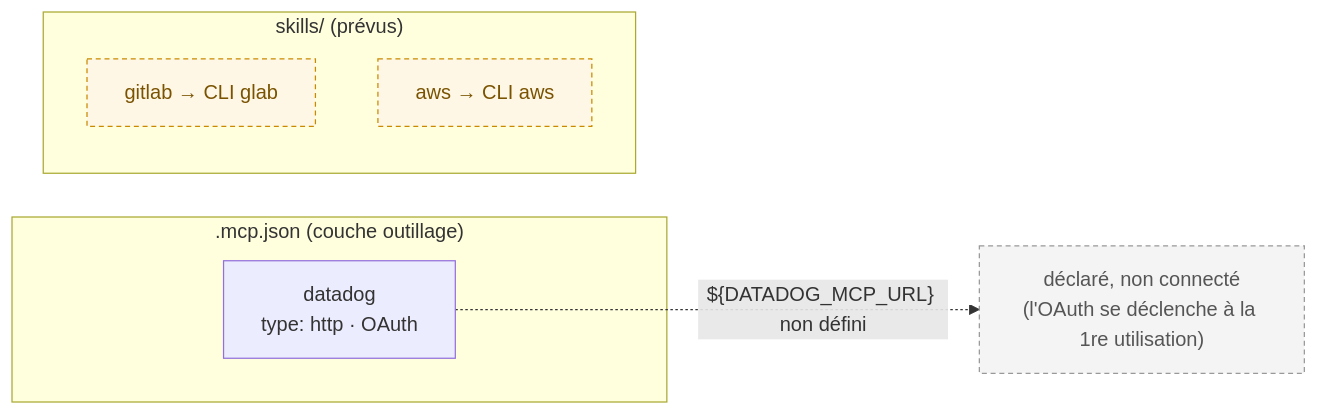
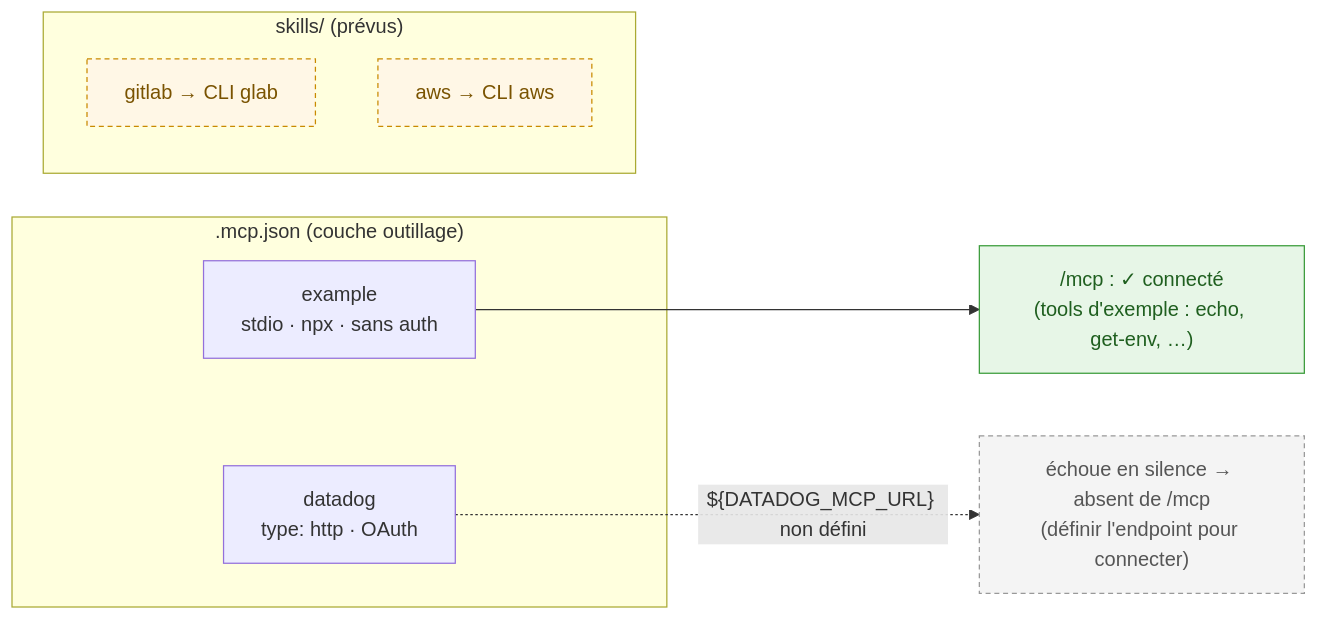
One commit to jrobic/cc-harness-setup-example changed the fifth of 6 diagrams in docs/how-it-works.fr.md. Above: the diagram before and after it, drawn with Mermaid. The commit also changed other lines of this file and 5 other files, not shown here.

First line of the commit message:
docs: document example MCP server, AskUserQuestion confirm, /mcp demo step

````diff
--- a/docs/how-it-works.fr.md
+++ b/docs/how-it-works.fr.md
@@ -153,17 +153,21 @@
 ```mermaid
 flowchart LR
     subgraph PLUG[".mcp.json (couche outillage)"]
+        E["example<br/>stdio · npx · sans auth"]
         D["datadog<br/>type: http · OAuth"]
     end
     subgraph SKILLS["skills/ (prévus)"]
         G["gitlab → CLI glab"]
         A["aws → CLI aws"]
     end
 
-    D -. "${DATADOG_MCP_URL} non défini" .-> DE["déclaré, non connecté<br/>(l'OAuth se déclenche à la 1re utilisation)"]
+    E --> EC["/mcp : ✓ connecté<br/>(tools d'exemple : echo, get-env, …)"]
+    D -. "${DATADOG_MCP_URL} non défini" .-> DE["échoue en silence → absent de /mcp<br/>(définir l'endpoint pour connecter)"]
 
+    classDef ok fill:#e7f6e7,stroke:#3a9b3a,color:#1f5f1f;
     classDef skel fill:#f4f4f4,stroke:#999,color:#555,stroke-dasharray: 4 3;
     classDef plan fill:#fff7e6,stroke:#c98a00,color:#7a5300,stroke-dasharray: 4 3;
+    class EC ok
     class DE skel
     class G,A plan
 ```
````
